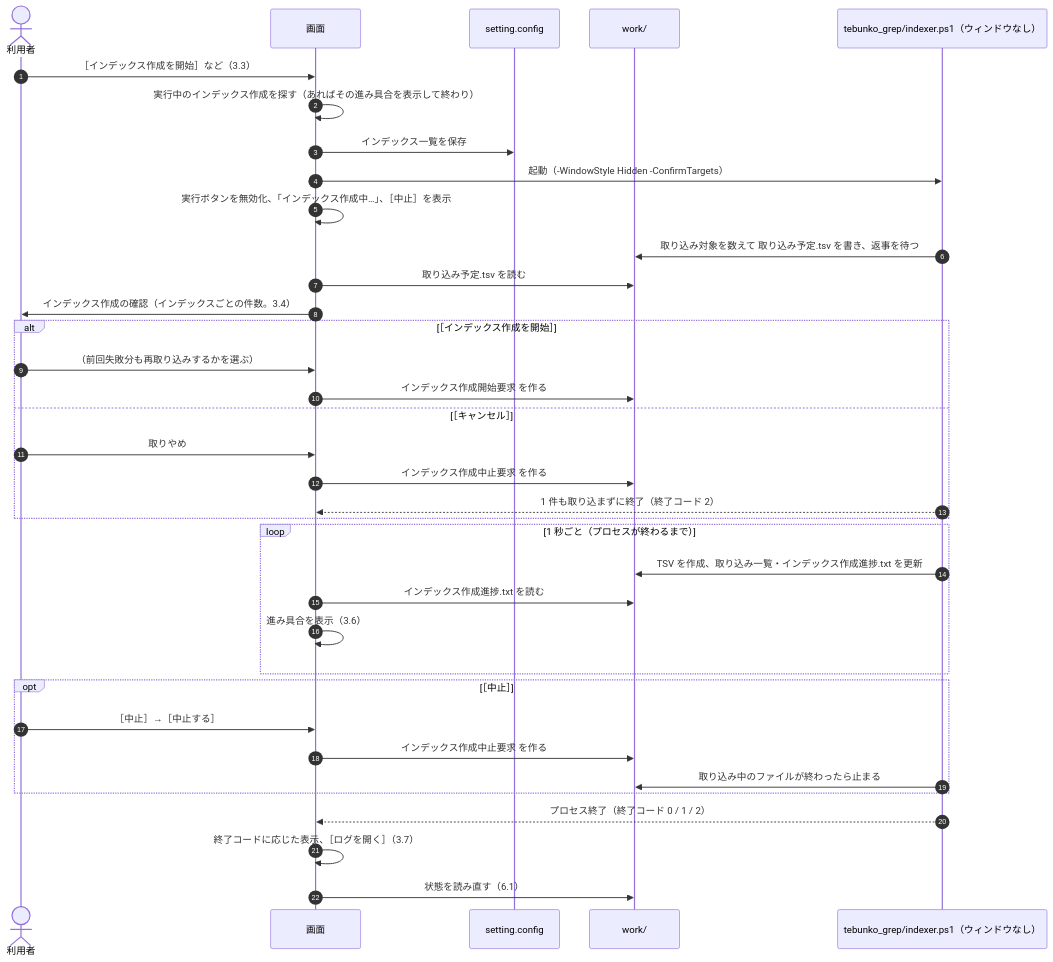
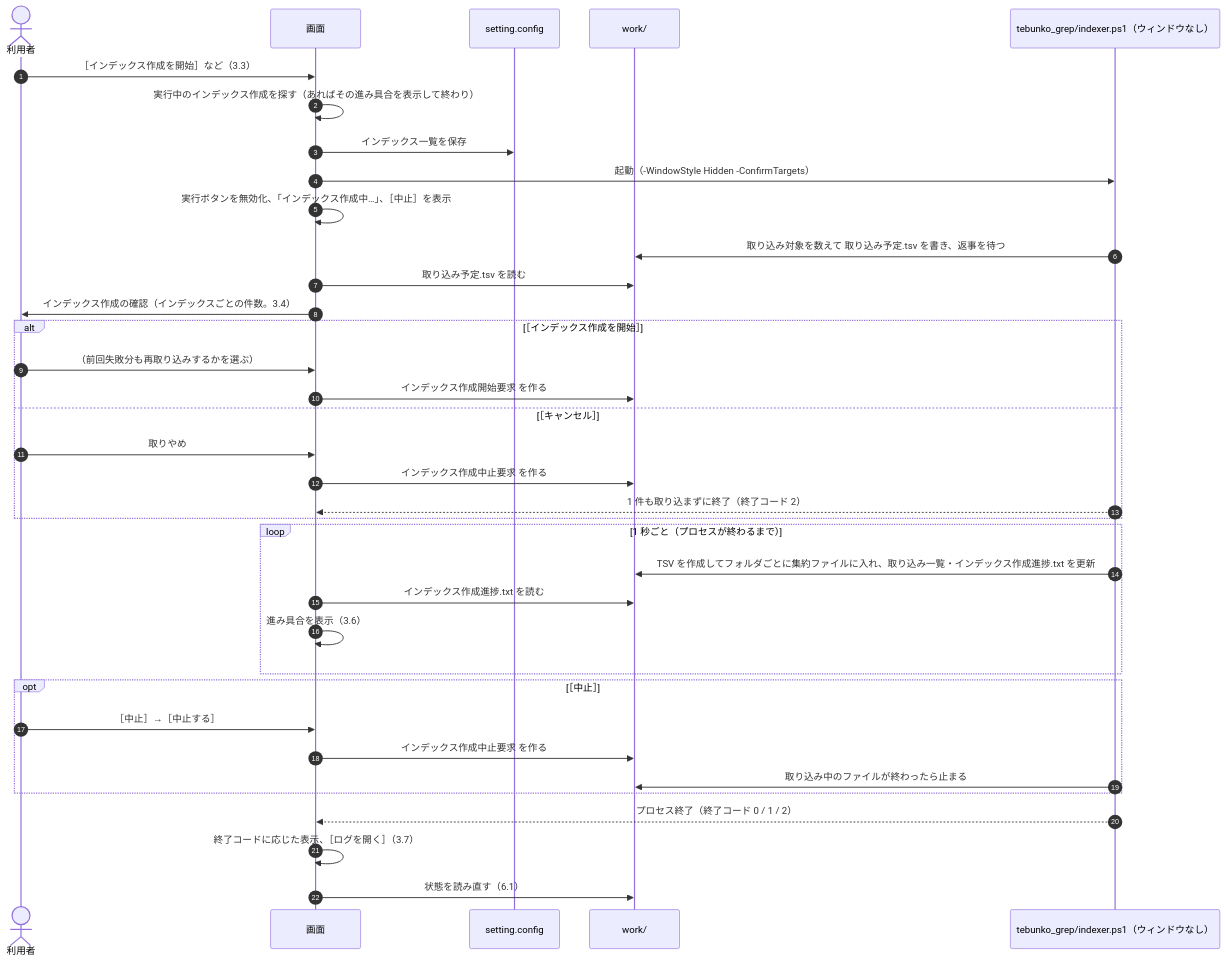
One commit to hsgwa/tebunko changed the third of 4 diagrams in docs/03_画面_4_状態と操作の流れ.md. Above: the diagram before and after it, drawn with Mermaid. The commit also changed other lines of this file and 53 other files, not shown here.

````diff
--- a/docs/03_画面_4_状態と操作の流れ.md
+++ b/docs/03_画面_4_状態と操作の流れ.md
@@ -82,39 +82,39 @@
 ```mermaid
 sequenceDiagram
     autonumber
     actor U as 利用者
     participant G as 画面
     participant C as setting.config
     participant W as work/
     participant P as tebunko_grep/indexer.ps1（ウィンドウなし）
 
     U->>G: ［インデックス作成を開始］など（3.3）
     G->>G: 実行中のインデックス作成を探す（あればその進み具合を表示して終わり）
     G->>C: インデックス一覧を保存
     G->>P: 起動（-WindowStyle Hidden -ConfirmTargets）
     G->>G: 実行ボタンを無効化、「インデックス作成中…」、［中止］を表示
     P->>W: 取り込み対象を数えて 取り込み予定.tsv を書き、返事を待つ
     G->>W: 取り込み予定.tsv を読む
     G->>U: インデックス作成の確認（インデックスごとの件数。3.4）
     alt ［インデックス作成を開始］
         U->>G: （前回失敗分も再取り込みするかを選ぶ）
         G->>W: インデックス作成開始要求 を作る
     else ［キャンセル］
         U->>G: 取りやめ
         G->>W: インデックス作成中止要求 を作る
         P-->>G: 1 件も取り込まずに終了（終了コード 2）
     end
     loop 1 秒ごと（プロセスが終わるまで）
-        P->>W: TSV を作成、取り込み一覧・インデックス作成進捗.txt を更新
+        P->>W: TSV を作成してフォルダごとに集約ファイルに入れ、取り込み一覧・インデックス作成進捗.txt を更新
         G->>W: インデックス作成進捗.txt を読む
         G->>G: 進み具合を表示（3.6）
     end
     opt ［中止］
         U->>G: ［中止］→［中止する］
         G->>W: インデックス作成中止要求 を作る
         P->>W: 取り込み中のファイルが終わったら止まる
     end
     P-->>G: プロセス終了（終了コード 0 / 1 / 2）
     G->>G: 終了コードに応じた表示、［ログを開く］（3.7）
     G->>W: 状態を読み直す（6.1）
 ```
````
